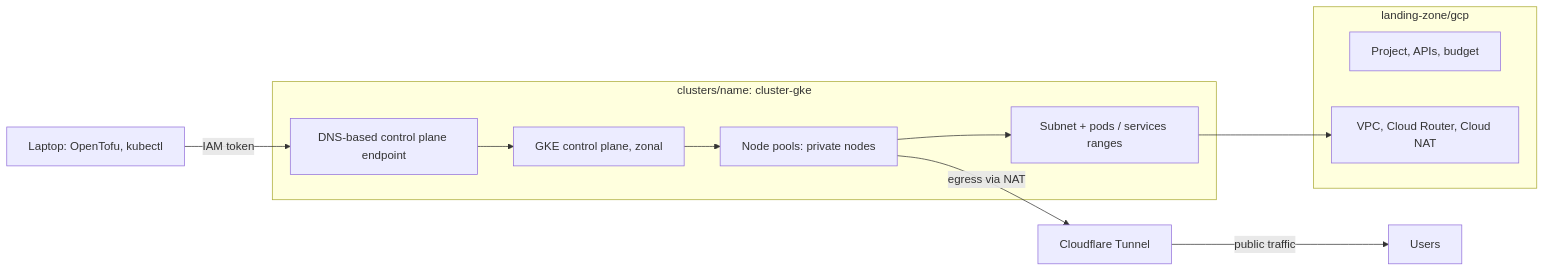
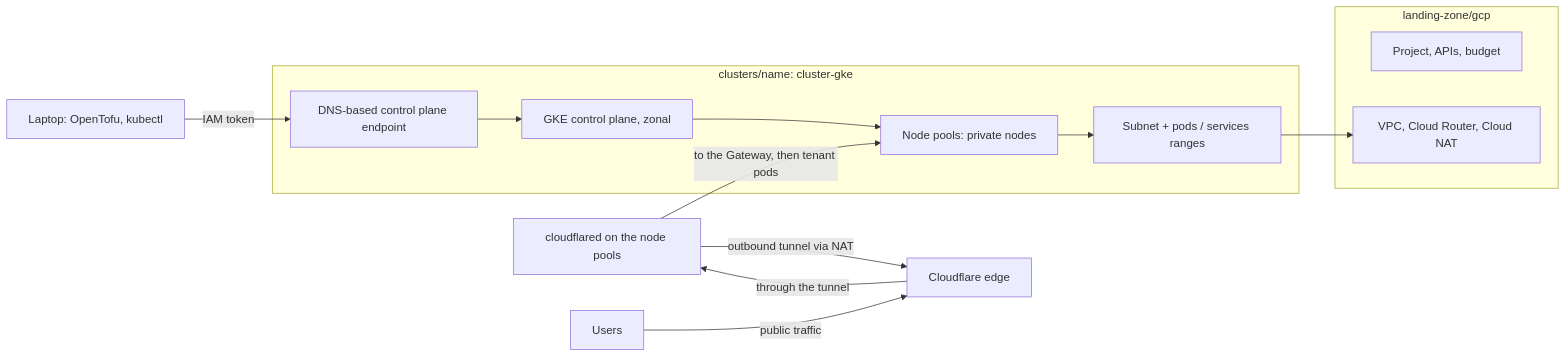
The first of 4 diagrams in docs/rfc/0024-gke.md (gsuquet/infra), drawn with Mermaid before and after one commit. The commit also changed other lines of this file, not shown here.

````diff
--- a/docs/rfc/0024-gke.md
+++ b/docs/rfc/0024-gke.md
@@ -110,17 +112,19 @@
 ```mermaid
 flowchart LR
   laptop["Laptop: OpenTofu, kubectl"] -- "IAM token" --> dns["DNS-based control plane endpoint"]
   subgraph lz["landing-zone/gcp"]
     project["Project, APIs, budget"]
     vpc["VPC, Cloud Router, Cloud NAT"]
   end
   subgraph root["clusters/name: cluster-gke"]
     dns --> cp["GKE control plane, zonal"]
     cp --> pools["Node pools: private nodes"]
     subnet["Subnet + pods / services ranges"]
   end
   pools --> subnet
   subnet --> vpc
-  pools -- "egress via NAT" --> cf["Cloudflare Tunnel"]
-  cf -- "public traffic" --> users["Users"]
+  cfd["cloudflared on the node pools"] -- "outbound tunnel via NAT" --> cf["Cloudflare edge"]
+  users["Users"] -- "public traffic" --> cf
+  cf -- "through the tunnel" --> cfd
+  cfd -- "to the Gateway, then tenant pods" --> pools
 ```
````
